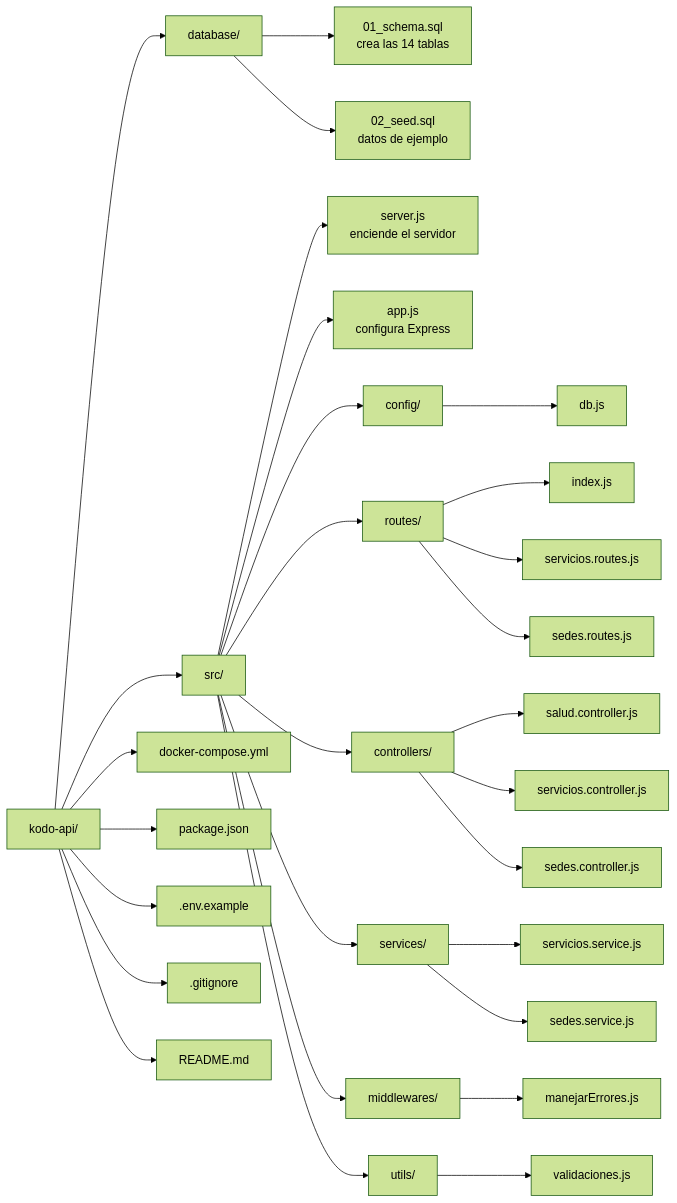
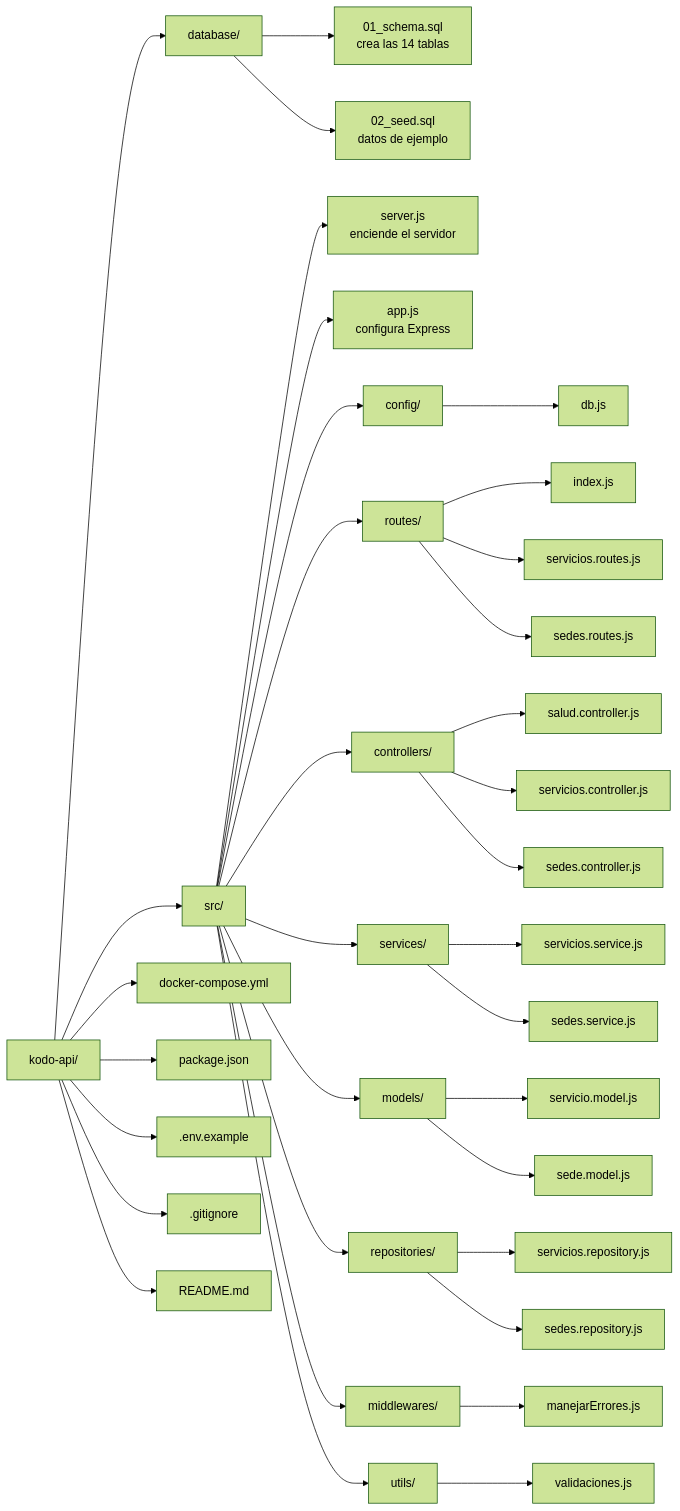
The second of 6 diagrams in README.md (jcondori-ucal/kodo-backend), drawn with Mermaid (forest theme) before and after one commit. The commit also changed other lines of this file and 6 other files, not shown here.

Commit message:
[IMP] api: separa capas models y repositories de los servicios de sedes y servicios

````diff
--- a/README.md
+++ b/README.md
@@ -132,35 +140,41 @@
 ```mermaid
 flowchart LR
     raiz["kodo-api/"]
 
     raiz --> database["database/"]
     database --> schema["01_schema.sql<br/>crea las 14 tablas"]
     database --> seed["02_seed.sql<br/>datos de ejemplo"]
 
     raiz --> src["src/"]
     src --> server["server.js<br/>enciende el servidor"]
     src --> app["app.js<br/>configura Express"]
     src --> config["config/"]
     config --> db["db.js"]
     src --> routes["routes/"]
     routes --> rIndex["index.js"]
     routes --> rServ["servicios.routes.js"]
     routes --> rSedes["sedes.routes.js"]
     src --> controllers["controllers/"]
     controllers --> cSalud["salud.controller.js"]
     controllers --> cServ["servicios.controller.js"]
     controllers --> cSedes["sedes.controller.js"]
     src --> services["services/"]
     services --> sServ["servicios.service.js"]
     services --> sSedes["sedes.service.js"]
+    src --> models["models/"]
+    models --> mServ["servicio.model.js"]
+    models --> mSede["sede.model.js"]
+    src --> repositories["repositories/"]
+    repositories --> rpServ["servicios.repository.js"]
+    repositories --> rpSedes["sedes.repository.js"]
     src --> middlewares["middlewares/"]
     middlewares --> mErr["manejarErrores.js"]
     src --> utils["utils/"]
     utils --> uVal["validaciones.js"]
 
     raiz --> compose["docker-compose.yml"]
     raiz --> pkg["package.json"]
     raiz --> envEj[".env.example"]
     raiz --> gitignore[".gitignore"]
     raiz --> readme["README.md"]
 ```
````
